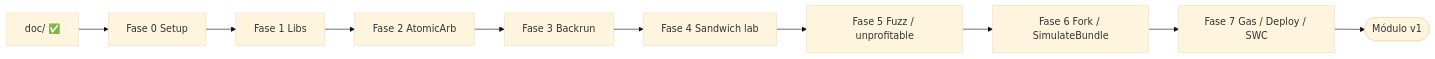
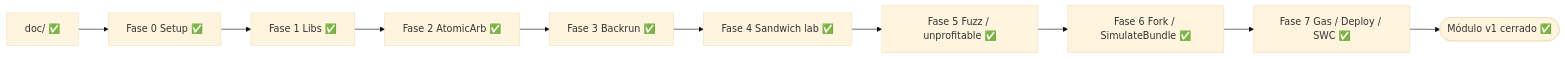
One commit to rastrahm/mev-hft-infra changed the tenth of 10 diagrams in doc/flujograma.md. Above: the diagram before and after it, drawn with Mermaid (base theme). The commit also changed other lines of this file and 16 other files, not shown here.

Commit message:
Gas + Deploy + hardening

````diff
--- a/doc/flujograma.md
+++ b/doc/flujograma.md
@@ -198,12 +198,12 @@
 ```mermaid
 flowchart LR
-    Doc[doc/ ✅] --> F0[Fase 0 Setup]
-    F0 --> F1[Fase 1 Libs]
-    F1 --> F2[Fase 2 AtomicArb]
-    F2 --> F3[Fase 3 Backrun]
-    F3 --> F4[Fase 4 Sandwich lab]
-    F4 --> F5[Fase 5 Fuzz / unprofitable]
-    F5 --> F6[Fase 6 Fork / SimulateBundle]
-    F6 --> F7[Fase 7 Gas / Deploy / SWC]
-    F7 --> Done([Módulo v1])
+    Doc[doc/ ✅] --> F0[Fase 0 Setup ✅]
+    F0 --> F1[Fase 1 Libs ✅]
+    F1 --> F2[Fase 2 AtomicArb ✅]
+    F2 --> F3[Fase 3 Backrun ✅]
+    F3 --> F4[Fase 4 Sandwich lab ✅]
+    F4 --> F5[Fase 5 Fuzz / unprofitable ✅]
+    F5 --> F6[Fase 6 Fork / SimulateBundle ✅]
+    F6 --> F7[Fase 7 Gas / Deploy / SWC ✅]
+    F7 --> Done([Módulo v1 cerrado ✅])
 ```
````
